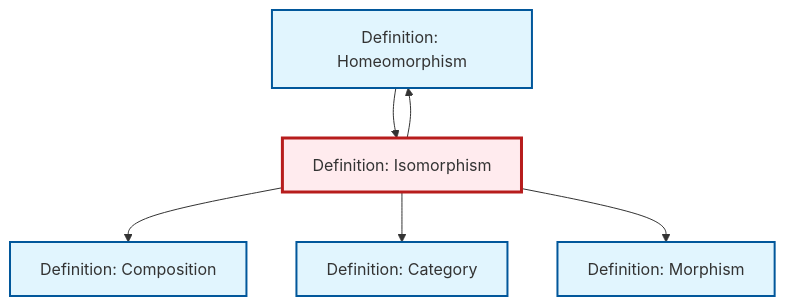
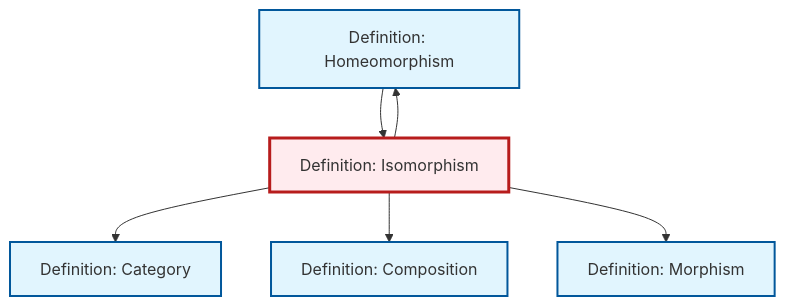
Before and after one commit to RK0429/ModernMath: the diagram in content/en/category-theory/def-isomorphism.qmd, drawn with Mermaid. The commit also changed other lines of this file and 18 other files, not shown here.

````diff
--- a/content/en/category-theory/def-isomorphism.qmd
+++ b/content/en/category-theory/def-isomorphism.qmd
@@ -84,24 +84,24 @@
 ```{mermaid}
 %%| fig-cap: "Local dependency graph"
 graph TD
     classDef definition fill:#e1f5fe,stroke:#01579b,stroke-width:2px
     classDef theorem fill:#f3e5f5,stroke:#4a148c,stroke-width:2px
     classDef axiom fill:#fff3e0,stroke:#e65100,stroke-width:2px
     classDef example fill:#e8f5e9,stroke:#1b5e20,stroke-width:2px
     classDef current fill:#ffebee,stroke:#b71c1c,stroke-width:3px
+    def-homeomorphism["Definition: Homeomorphism"]:::definition
     def-category["Definition: Category"]:::definition
-    def-homeomorphism["Definition: Homeomorphism"]:::definition
+    def-composition["Definition: Composition"]:::definition
+    def-morphism["Definition: Morphism"]:::definition
     def-isomorphism["Definition: Isomorphism"]:::definition
-    def-morphism["Definition: Morphism"]:::definition
-    def-composition["Definition: Composition"]:::definition
+    def-isomorphism --> def-category
     def-isomorphism --> def-composition
     def-isomorphism --> def-homeomorphism
-    def-isomorphism --> def-category
+    def-isomorphism --> def-morphism
     def-homeomorphism --> def-isomorphism
-    def-isomorphism --> def-morphism
     class def-isomorphism current
+    click def-homeomorphism "def-homeomorphism.html" "Go to Homeomorphism definition"
     click def-category "def-category.html" "Go to Category definition"
-    click def-homeomorphism "def-homeomorphism.html" "Go to Homeomorphism definition"
+    click def-composition "def-composition.html" "Go to Composition definition"
     click def-morphism "def-morphism.html" "Go to Morphism definition"
-    click def-composition "def-composition.html" "Go to Composition definition"
 ```
````
